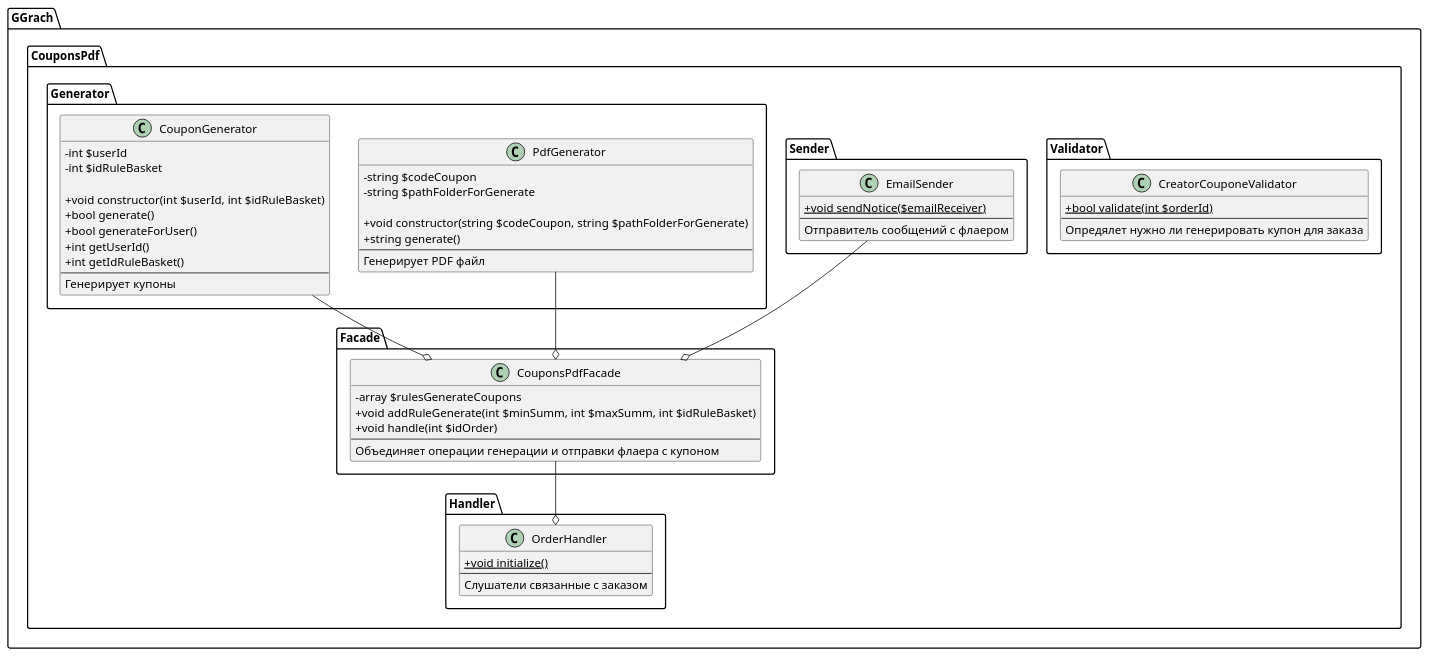
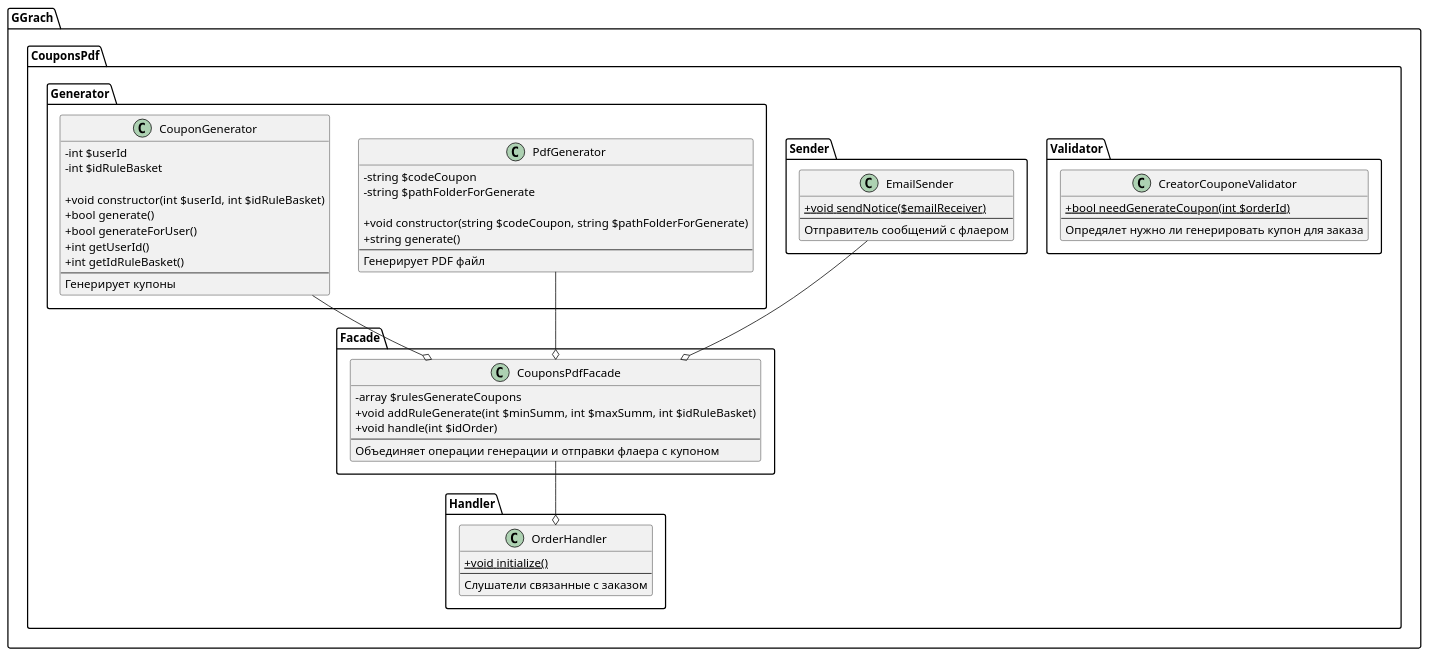
The diagram in classes/structure.puml (ggrachdev/bitrix_module_coupons_pdf), drawn with PlantUML before and after one commit. The commit also changed 2 other files, not shown here.

```diff
--- a/classes/structure.puml
+++ b/classes/structure.puml
@@ -1,74 +1,74 @@
 @startuml
 
 skinparam classAttributeIconSize 0
 
 package GGrach.CouponsPdf {
     namespace Handler {
         class OrderHandler {
           + {static} void initialize()
           --
           Слушатели связанные с заказом 
         }
     }
 
     namespace Validator {
         class CreatorCouponeValidator{
-          + {static} bool validate(int $orderId)
+          + {static} bool needGenerateCoupon(int $orderId)
           --
           Опредялет нужно ли генерировать купон для заказа
         }
     }
 
     namespace Sender {
         class EmailSender {
           + {static} void sendNotice($emailReceiver)
           --
           Отправитель сообщений с флаером
         }
     }
 
     namespace Generator {
         class PdfGenerator {
           - string $сodeCoupon
           - string $pathFolderForGenerate
 
           + void constructor(string $сodeCoupon, string $pathFolderForGenerate)
           + string generate()
           --
           Генерирует PDF файл
         }
 
         class CouponGenerator {
           - int $userId
           - int $idRuleBasket
 
           + void constructor(int $userId, int $idRuleBasket)
           + bool generate()
           + bool generateForUser()
           + int getUserId()
           + int getIdRuleBasket()
           --
           Генерирует купоны
         }
     }
 
 
     namespace Facade {
         class CouponsPdfFacade {
           - array $rulesGenerateCoupons
           + void addRuleGenerate(int $minSumm, int $maxSumm, int $idRuleBasket)
           + void handle(int $idOrder)
           --
           Объединяет операции генерации и отправки флаера с купоном
         }
     }
 
 
     Generator.CouponGenerator --o Facade.CouponsPdfFacade
     Generator.PdfGenerator --o Facade.CouponsPdfFacade
     Sender.EmailSender --o Facade.CouponsPdfFacade
 
     Facade.CouponsPdfFacade --o Handler.OrderHandler
 }
 
 @enduml
```
